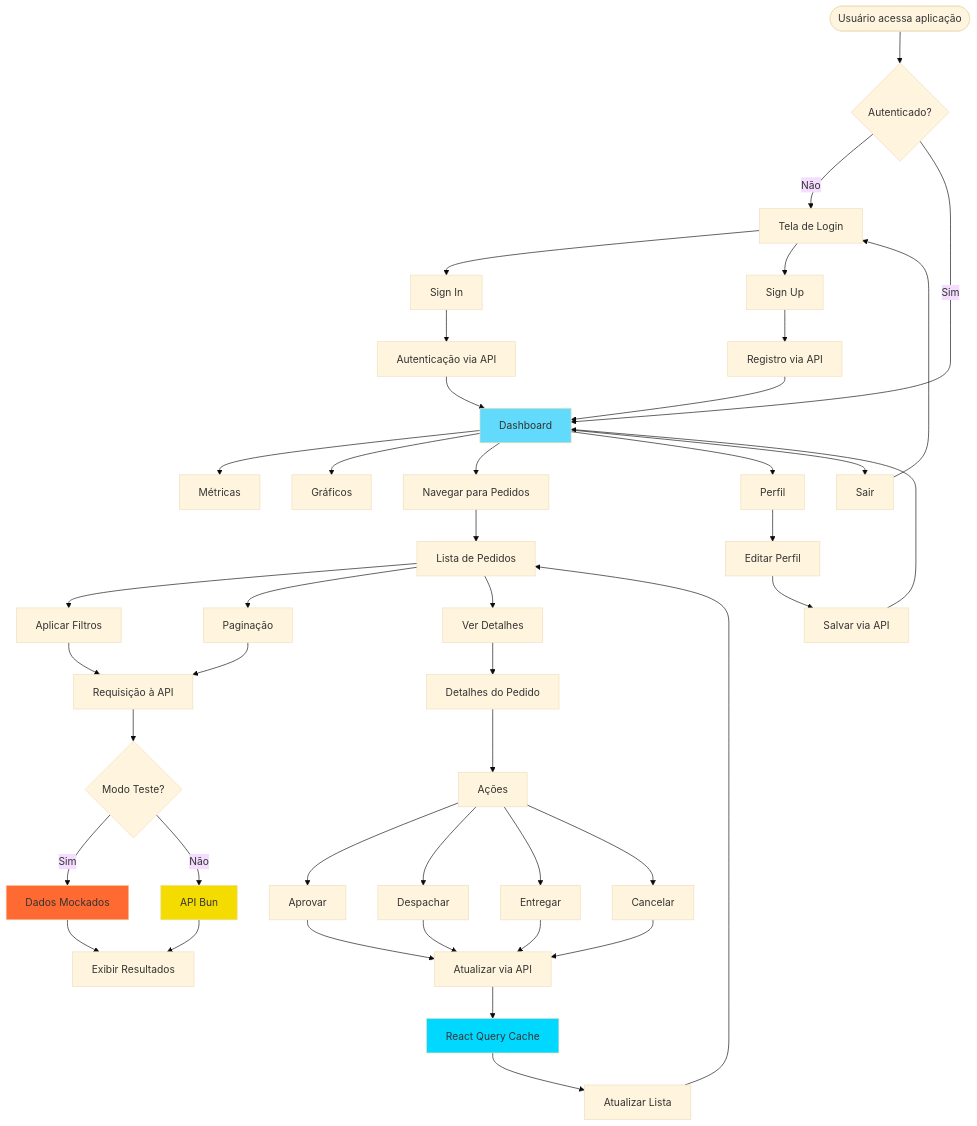
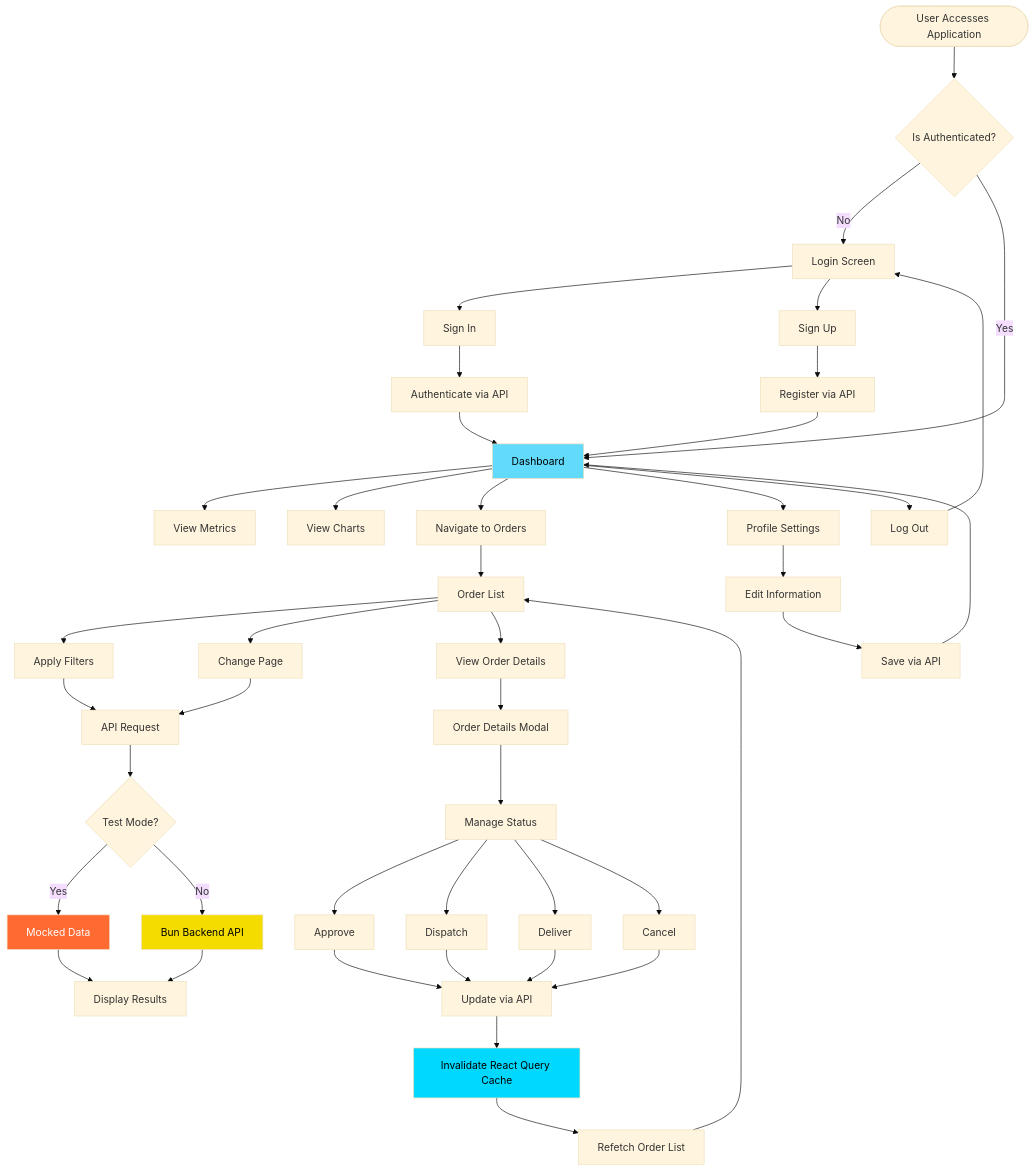
Before and after one commit to patrick-cuppi/pizza-shop-frontend: the second of 2 diagrams in README.md, drawn with Mermaid (base theme). The commit also changed other lines of this file, not shown here.

````diff
--- a/README.md
+++ b/README.md
@@ -334,66 +333,66 @@
 ```mermaid
 flowchart TD
-    Start([Usuário acessa aplicação]) --> CheckAuth{Autenticado?}
+    Start([User Accesses Application]) --> CheckAuth{Is Authenticated?}
     
-    CheckAuth -->|Não| Login[Tela de Login]
-    CheckAuth -->|Sim| Dashboard[Dashboard]
+    CheckAuth -->|No| Login[Login Screen]
+    CheckAuth -->|Yes| Dashboard[Dashboard]
     
     Login --> SignIn[Sign In]
     Login --> SignUp[Sign Up]
     
-    SignIn --> Auth[Autenticação via API]
-    SignUp --> Register[Registro via API]
+    SignIn --> Auth[Authenticate via API]
+    SignUp --> Register[Register via API]
     
     Auth --> Dashboard
     Register --> Dashboard
     
-    Dashboard --> Metrics[Métricas]
-    Dashboard --> Charts[Gráficos]
-    Dashboard --> NavOrders[Navegar para Pedidos]
+    Dashboard --> Metrics[View Metrics]
+    Dashboard --> Charts[View Charts]
+    Dashboard --> NavOrders[Navigate to Orders]
     
-    NavOrders --> Orders[Lista de Pedidos]
+    NavOrders --> Orders[Order List]
     
-    Orders --> Filter[Aplicar Filtros]
-    Orders --> Pagination[Paginação]
-    Orders --> ViewDetails[Ver Detalhes]
+    Orders --> Filter[Apply Filters]
+    Orders --> Pagination[Change Page]
+    Orders --> ViewDetails[View Order Details]
     
-    Filter --> Query[Requisição à API]
+    Filter --> Query[API Request]
     Pagination --> Query
     
-    Query --> MSW{Modo Teste?}
-    MSW -->|Sim| MockData[Dados Mockados]
-    MSW -->|Não| BunAPI[API Bun]
+    Query --> MSW{Test Mode?}
+    MSW -->|Yes| MockData[Mocked Data]
+    MSW -->|No| BunAPI[Bun Backend API]
     
-    MockData --> Display[Exibir Resultados]
+    MockData --> Display[Display Results]
     BunAPI --> Display
     
-    ViewDetails --> OrderDetails[Detalhes do Pedido]
-    OrderDetails --> Actions[Ações]
+    ViewDetails --> OrderDetails[Order Details Modal]
+    OrderDetails --> Actions[Manage Status]
     
-    Actions --> Approve[Aprovar]
-    Actions --> Dispatch[Despachar]
-    Actions --> Deliver[Entregar]
-    Actions --> Cancel[Cancelar]
+    Actions --> Approve[Approve]
+    Actions --> Dispatch[Dispatch]
+    Actions --> Deliver[Deliver]
+    Actions --> Cancel[Cancel]
     
-    Approve --> UpdateAPI[Atualizar via API]
+    Approve --> UpdateAPI[Update via API]
     Dispatch --> UpdateAPI
     Deliver --> UpdateAPI
     Cancel --> UpdateAPI
     
-    UpdateAPI --> ReactQuery[React Query Cache]
-    ReactQuery --> Refetch[Atualizar Lista]
+    UpdateAPI --> ReactQuery[Invalidate React Query Cache]
+    ReactQuery --> Refetch[Refetch Order List]
     Refetch --> Orders
     
-    Dashboard --> Profile[Perfil]
-    Profile --> EditProfile[Editar Perfil]
-    EditProfile --> SaveProfile[Salvar via API]
+    Dashboard --> Profile[Profile Settings]
+    Profile --> EditProfile[Edit Information]
+    EditProfile --> SaveProfile[Save via API]
     SaveProfile --> Dashboard
     
-    Dashboard --> Logout[Sair]
+    Dashboard --> Logout[Log Out]
     Logout --> Login
     
-    style Dashboard fill:#61dafb
-    style BunAPI fill:#f4dc00
-    style MockData fill:#ff6a33
-    style ReactQuery fill:#00d8ff
+    style Dashboard fill:#61dafb,color:#000
+    style BunAPI fill:#f4dc00,color:#000
+    style MockData fill:#ff6a33,color:#fff
+    style ReactQuery fill:#00d8ff,color:#000
 ```
````
